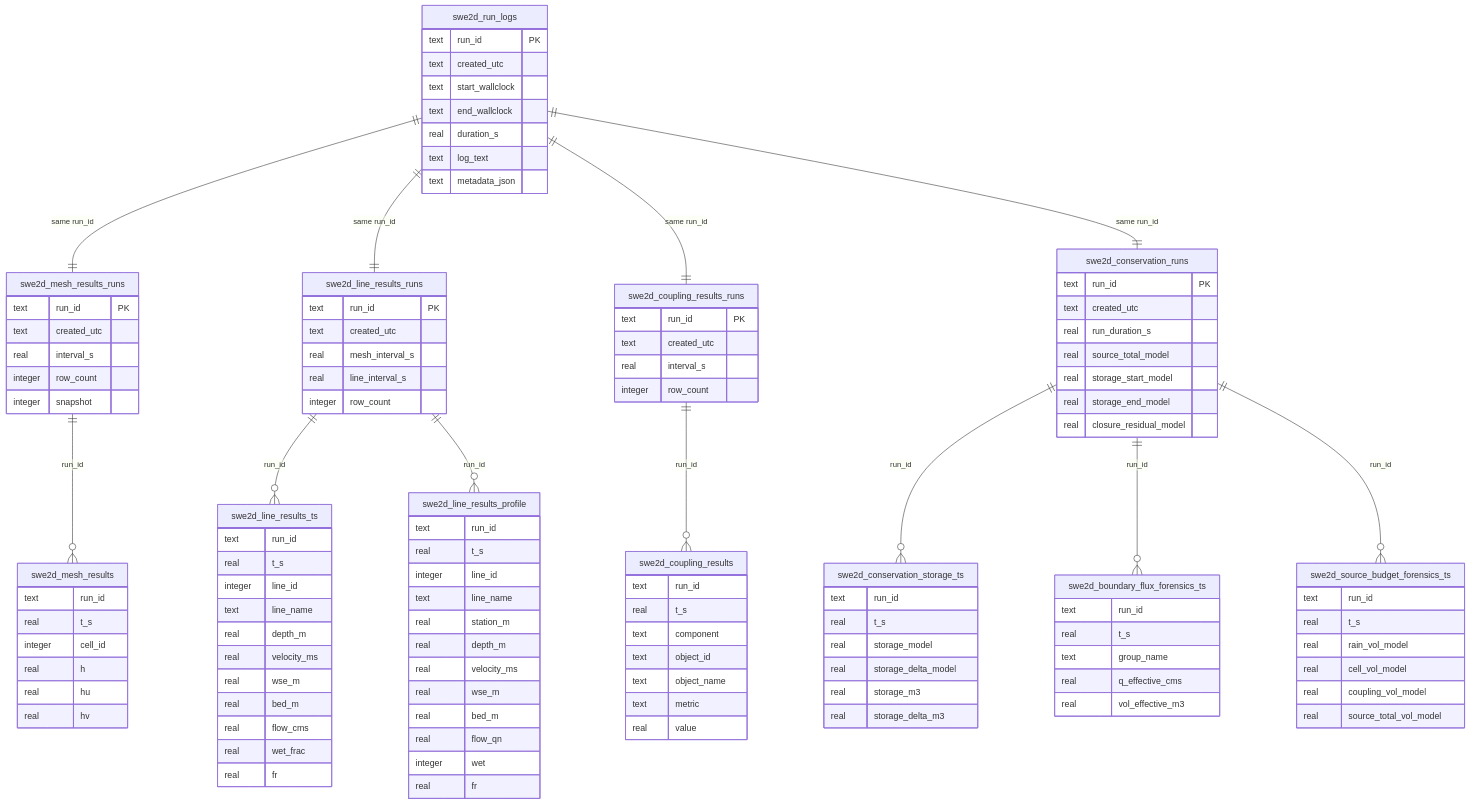
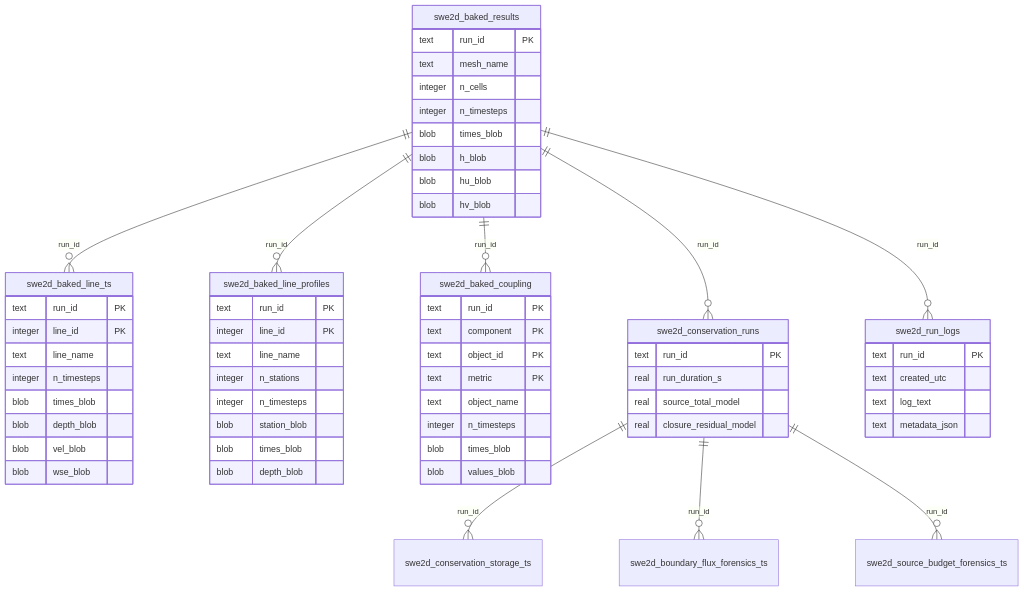
Before and after one commit to aspragueumkc/hydra2dgpu: the diagram in docs/guides/RESULTS_GEOPACKAGE_SCHEMA.md, drawn with Mermaid. The commit also changed other lines of this file and 53 other files, not shown here.

First line of the commit message:
Baked BLOB spec compliance: eliminate all permute/un-permute, D2H stalls, legacy branching

````diff
--- a/docs/guides/RESULTS_GEOPACKAGE_SCHEMA.md
+++ b/docs/guides/RESULTS_GEOPACKAGE_SCHEMA.md
@@ -258,120 +205,64 @@
 ```mermaid
 erDiagram
-    swe2d_mesh_results_runs ||--o{ swe2d_mesh_results : "run_id"
-    swe2d_line_results_runs ||--o{ swe2d_line_results_ts : run_id
-    swe2d_line_results_runs ||--o{ swe2d_line_results_profile : run_id
-    swe2d_coupling_results_runs ||--o{ swe2d_coupling_results : run_id
+    swe2d_baked_results ||--o{ swe2d_baked_line_ts : "run_id"
+    swe2d_baked_results ||--o{ swe2d_baked_line_profiles : "run_id"
+    swe2d_baked_results ||--o{ swe2d_baked_coupling : "run_id"
+    swe2d_baked_results ||--o{ swe2d_conservation_runs : "run_id"
+    swe2d_baked_results ||--o{ swe2d_run_logs : "run_id"
     swe2d_conservation_runs ||--o{ swe2d_conservation_storage_ts : run_id
     swe2d_conservation_runs ||--o{ swe2d_boundary_flux_forensics_ts : run_id
     swe2d_conservation_runs ||--o{ swe2d_source_budget_forensics_ts : run_id
-    swe2d_run_logs ||--|| swe2d_mesh_results_runs : "same run_id"
-    swe2d_run_logs ||--|| swe2d_line_results_runs : "same run_id"
-    swe2d_run_logs ||--|| swe2d_coupling_results_runs : "same run_id"
-    swe2d_run_logs ||--|| swe2d_conservation_runs : "same run_id"
 
-    swe2d_mesh_results_runs {
+    swe2d_baked_results {
         text run_id PK
-        text created_utc
-        real interval_s
-        integer row_count
-        integer snapshot
+        text mesh_name
+        integer n_cells
+        integer n_timesteps
+        blob times_blob
+        blob h_blob
+        blob hu_blob
+        blob hv_blob
     }
-    swe2d_mesh_results {
-        text run_id
-        real t_s
-        integer cell_id
-        real h
-        real hu
-        real hv
+    swe2d_baked_line_ts {
+        text run_id PK
+        integer line_id PK
+        text line_name
+        integer n_timesteps
+        blob times_blob
+        blob depth_blob
+        blob vel_blob
+        blob wse_blob
     }
-    swe2d_line_results_runs {
+    swe2d_baked_line_profiles {
         text run_id PK
-        text created_utc
-        real mesh_interval_s
-        real line_interval_s
-        integer row_count
+        integer line_id PK
+        text line_name
+        integer n_stations
+        integer n_timesteps
+        blob station_blob
+        blob times_blob
+        blob depth_blob
     }
-    swe2d_line_results_ts {
-        text run_id
-        real t_s
-        integer line_id
-        text line_name
-        real depth_m
-        real velocity_ms
-        real wse_m
-        real bed_m
-        real flow_cms
-        real wet_frac
-        real fr
-    }
-    swe2d_line_results_profile {
-        text run_id
-        real t_s
-        integer line_id
-        text line_name
-        real station_m
-        real depth_m
-        real velocity_ms
-        real wse_m
-        real bed_m
-        real flow_qn
-        integer wet
-        real fr
-    }
-    swe2d_coupling_results_runs {
+    swe2d_baked_coupling {
         text run_id PK
-        text created_utc
-        real interval_s
-        integer row_count
-    }
-    swe2d_coupling_results {
-        text run_id
-        real t_s
-        text component
-        text object_id
+        text component PK
+        text object_id PK
+        text metric PK
         text object_name
-        text metric
-        real value
-    }
-    swe2d_conservation_runs {
-        text run_id PK
-        text created_utc
-        real run_duration_s
-        real source_total_model
-        real storage_start_model
-        real storage_end_model
-        real closure_residual_model
-    }
-    swe2d_conservation_storage_ts {
-        text run_id
-        real t_s
-        real storage_model
-        real storage_delta_model
-        real storage_m3
-        real storage_delta_m3
-    }
-    swe2d_boundary_flux_forensics_ts {
-        text run_id
-        real t_s
-        text group_name
-        real q_effective_cms
-        real vol_effective_m3
-    }
-    swe2d_source_budget_forensics_ts {
-        text run_id
-        real t_s
-        real rain_vol_model
-        real cell_vol_model
-        real coupling_vol_model
-        real source_total_vol_model
+        integer n_timesteps
+        blob times_blob
+        blob values_blob
     }
     swe2d_run_logs {
         text run_id PK
         text created_utc
-        text start_wallclock
-        text end_wallclock
-        real duration_s
         text log_text
         text metadata_json
     }
+    swe2d_conservation_runs {
+        text run_id PK
+        real run_duration_s
+        real source_total_model
+        real closure_residual_model
+    }
 ```
````
